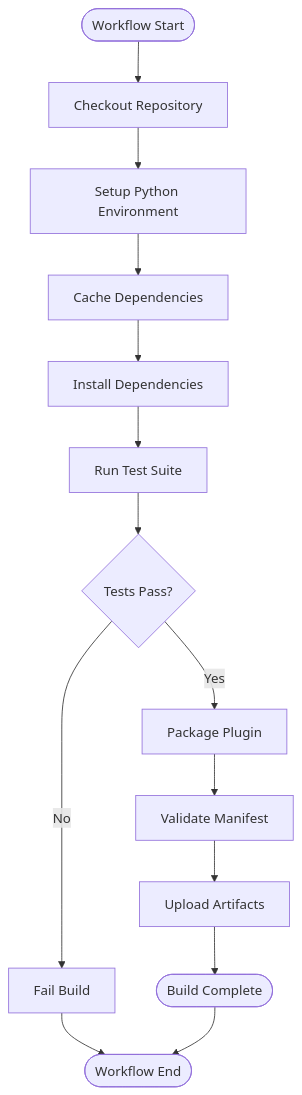
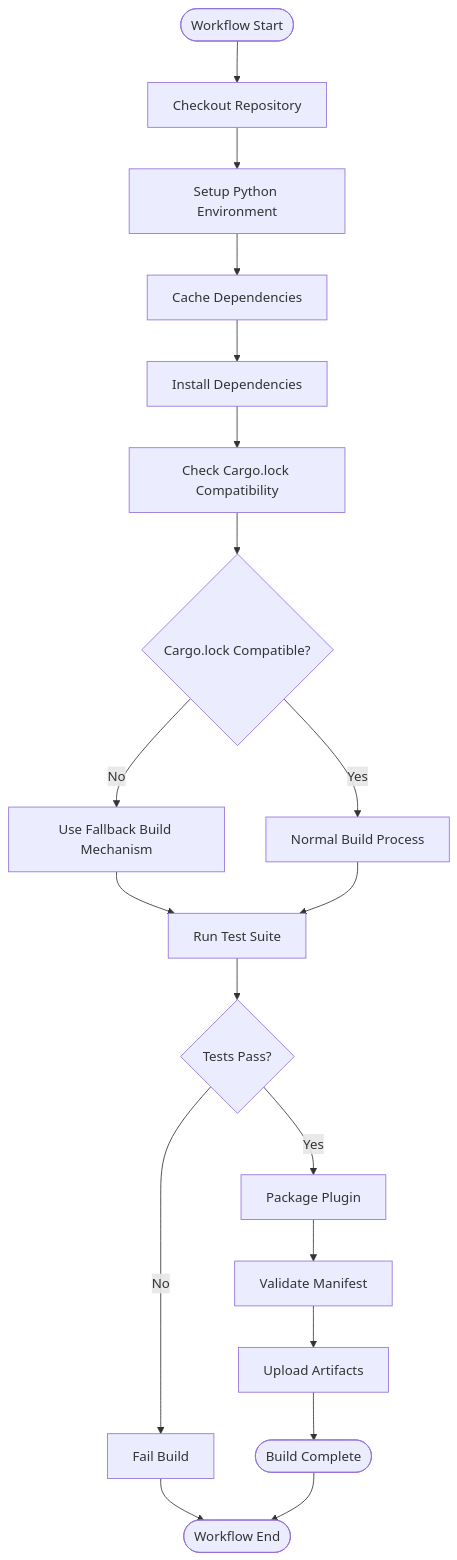
Before and after one commit to numan-cli/numan-plugins: the third of 7 diagrams in .qoder/repowiki/en/content/CI_CD Integration.md, drawn with Mermaid. The commit also changed other lines of this file and 17 other files, not shown here.

````diff
--- a/.qoder/repowiki/en/content/CI_CD Integration.md
+++ b/.qoder/repowiki/en/content/CI_CD Integration.md
@@ -153,16 +157,21 @@
 ```mermaid
 flowchart TD
 Start([Workflow Start]) --> Checkout["Checkout Repository"]
 Checkout --> SetupPython["Setup Python Environment"]
 SetupPython --> CacheDeps["Cache Dependencies"]
 CacheDeps --> InstallDeps["Install Dependencies"]
-InstallDeps --> RunTests["Run Test Suite"]
+InstallDeps --> CheckCargo["Check Cargo.lock Compatibility"]
+CheckCargo --> CargoFix{"Cargo.lock Compatible?"}
+CargoFix --> |No| FallbackBuild["Use Fallback Build Mechanism"]
+CargoFix --> |Yes| NormalBuild["Normal Build Process"]
+FallbackBuild --> RunTests["Run Test Suite"]
+NormalBuild --> RunTests
 RunTests --> TestResults{"Tests Pass?"}
 TestResults --> |No| FailBuild["Fail Build"]
 TestResults --> |Yes| PackagePlugin["Package Plugin"]
 PackagePlugin --> ValidateManifest["Validate Manifest"]
 ValidateManifest --> UploadArtifacts["Upload Artifacts"]
 UploadArtifacts --> Complete([Build Complete])
 FailBuild --> End([Workflow End])
 Complete --> End
 ```
````
